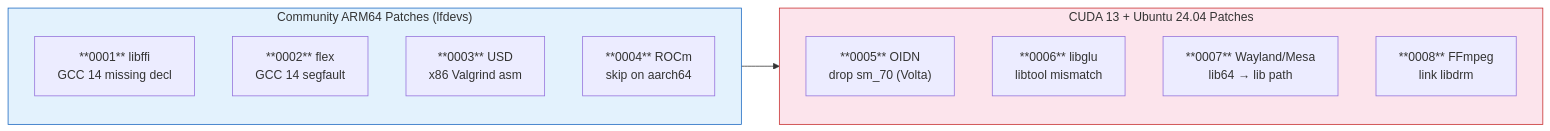
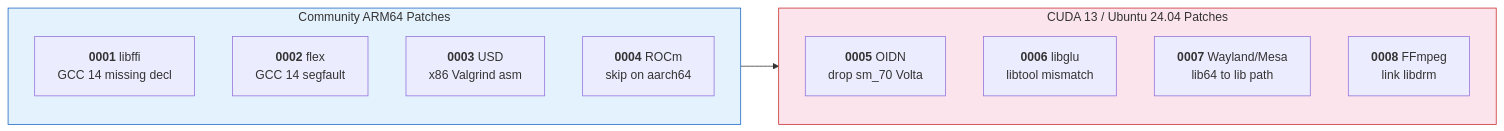
The second of 3 diagrams in README.md (mvalancy/blender-nvidia-gb10), drawn with Mermaid before and after one commit. The commit also changed other lines of this file and 2 other files, not shown here.

First line of the commit message:
Add benchmark, fix mermaid diagrams, add render sample

````diff
--- a/README.md
+++ b/README.md
@@ -93,29 +87,21 @@
 ```mermaid
 flowchart LR
-    subgraph lfdevs["Community ARM64 Patches (lfdevs)"]
-        P1["**0001** libffi
-        GCC 14 missing decl"]
-        P2["**0002** flex
-        GCC 14 segfault"]
-        P3["**0003** USD
-        x86 Valgrind asm"]
-        P4["**0004** ROCm
-        skip on aarch64"]
+    subgraph lfdevs["Community ARM64 Patches"]
+        P1["`**0001** libffi<br>GCC 14 missing decl`"]
+        P2["`**0002** flex<br>GCC 14 segfault`"]
+        P3["`**0003** USD<br>x86 Valgrind asm`"]
+        P4["`**0004** ROCm<br>skip on aarch64`"]
     end
 
-    subgraph gb10["CUDA 13 + Ubuntu 24.04 Patches"]
-        P5["**0005** OIDN
-        drop sm_70 (Volta)"]
-        P6["**0006** libglu
-        libtool mismatch"]
-        P7["**0007** Wayland/Mesa
-        lib64 → lib path"]
-        P8["**0008** FFmpeg
-        link libdrm"]
+    subgraph gb10["CUDA 13 / Ubuntu 24.04 Patches"]
+        P5["`**0005** OIDN<br>drop sm_70 Volta`"]
+        P6["`**0006** libglu<br>libtool mismatch`"]
+        P7["`**0007** Wayland/Mesa<br>lib64 to lib path`"]
+        P8["`**0008** FFmpeg<br>link libdrm`"]
     end
 
     lfdevs --> gb10
 
     style lfdevs fill:#e3f2fd,stroke:#1565c0
     style gb10 fill:#fce4ec,stroke:#c62828
 ```
````
